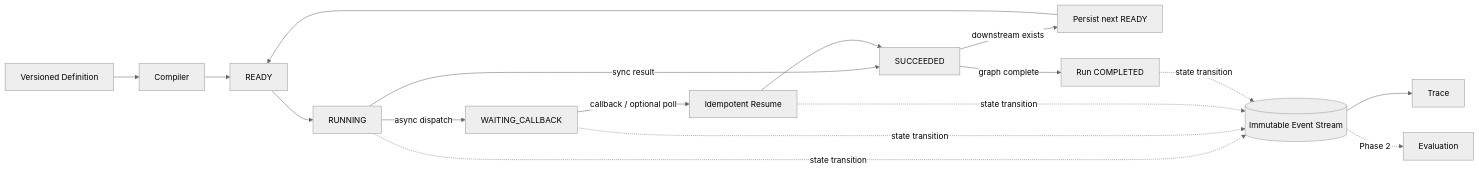
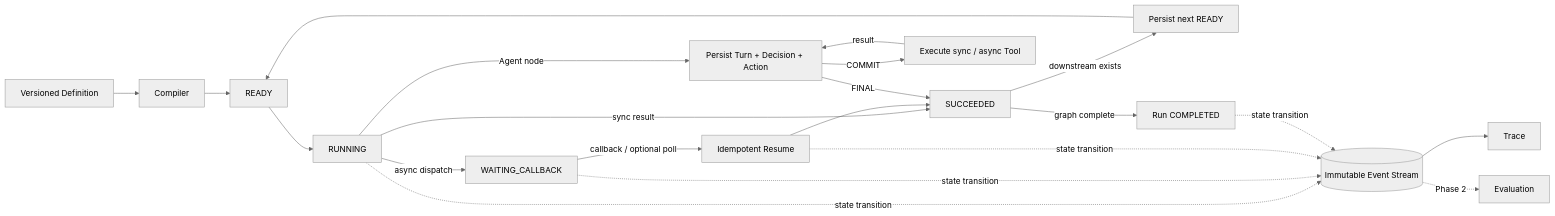
One commit to leungll/Emberling changed the diagram in README.md. Above: the diagram before and after it, drawn with Mermaid (neutral theme). The commit also changed other lines of this file and 2 other files, not shown here.

Commit message:
docs: align MVP agent runtime contracts

````diff
--- a/README.md
+++ b/README.md
@@ -39,20 +39,25 @@
 ```mermaid
 flowchart LR
     DEF["Versioned Definition"] --> COMP["Compiler"]
     COMP --> READY["READY"]
     READY --> RUN["RUNNING"]
     RUN -->|sync result| DONE["SUCCEEDED"]
     RUN -->|async dispatch| WAIT["WAITING_CALLBACK"]
     WAIT -->|callback / optional poll| RESUME["Idempotent Resume"]
     RESUME --> DONE
     DONE -->|downstream exists| NEXT["Persist next READY"]
     NEXT --> READY
     DONE -->|graph complete| COMPLETE["Run COMPLETED"]
 
+    RUN -->|Agent node| TURN["Persist Turn + Decision + Action"]
+    TURN -->|COMMIT| TOOL["Execute sync / async Tool"]
+    TOOL -->|result| TURN
+    TURN -->|FINAL| DONE
+
     RUN -. state transition .-> EVENT[("Immutable Event Stream")]
     WAIT -. state transition .-> EVENT
     RESUME -. state transition .-> EVENT
     COMPLETE -. state transition .-> EVENT
     EVENT --> TRACE["Trace"]
     EVENT -. Phase 2 .-> EVAL["Evaluation"]
 ```
````
